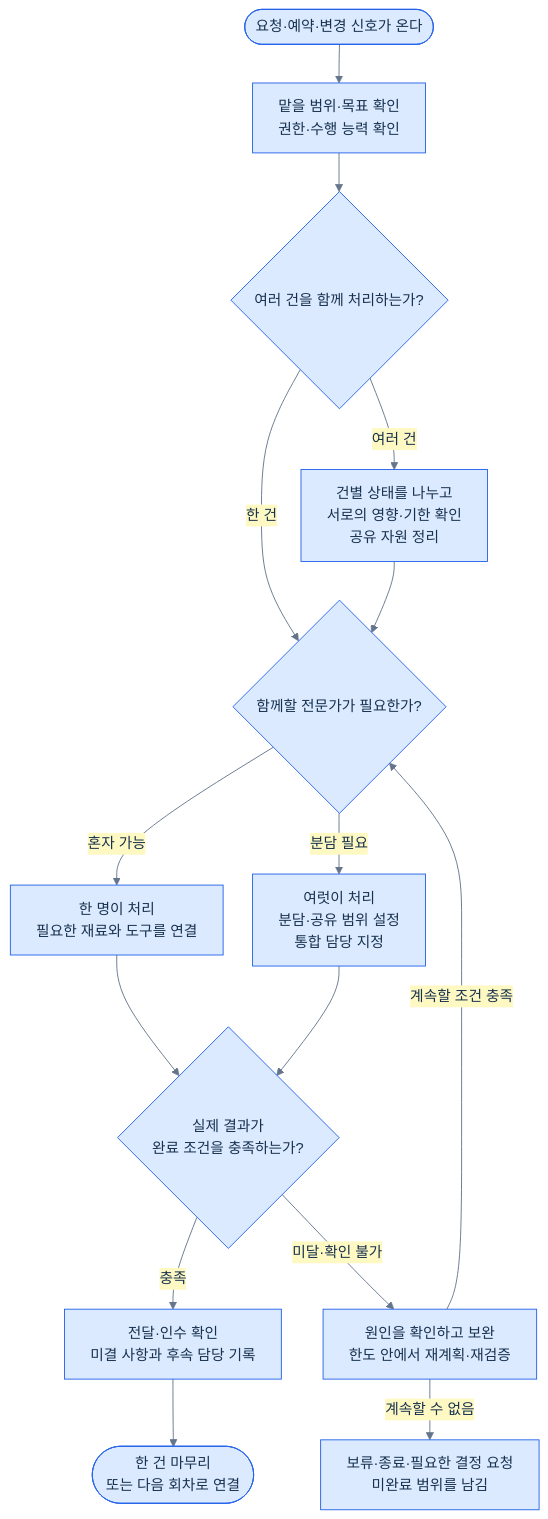
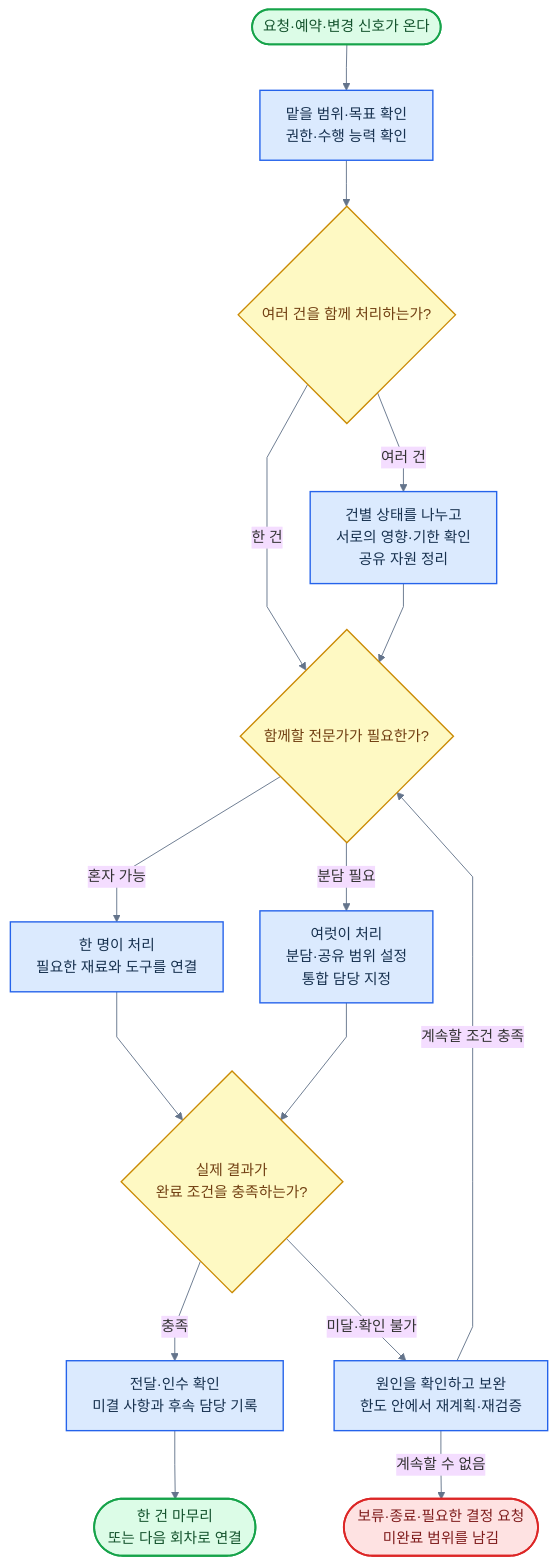
Before and after one commit to harisbaguette/expert: the first of 17 diagrams in 전문가 에이전트 정의 2.md, drawn with Mermaid. The commit also changed other lines of this file, not shown here.

````diff
--- a/전문가 에이전트 정의 2.md
+++ b/전문가 에이전트 정의 2.md
@@ -9,24 +18,32 @@
 ```mermaid
-%%{init: {"theme": "base", "themeVariables": {"fontFamily": "Arial, sans-serif", "fontSize": "16px", "primaryColor": "#dbeafe", "primaryTextColor": "#17314f", "primaryBorderColor": "#2563eb", "lineColor": "#64748b", "secondaryColor": "#fef9c3", "tertiaryColor": "#f8fafc"}, "flowchart": {"curve": "basis", "nodeSpacing": 32, "rankSpacing": 42, "padding": 14, "wrappingWidth": 240, "useMaxWidth": true}}}%%
+%%{init: {"theme":"base","themeVariables":{"fontFamily":"Arial, sans-serif","fontSize":"16px","lineColor":"#64748b"},"flowchart":{"curve":"linear","nodeSpacing":40,"rankSpacing":50,"padding":14,"wrappingWidth":240,"useMaxWidth":true}}}%%
 flowchart TB
     S(["요청·예약·변경 신호가 온다"])
     A["맡을 범위·목표 확인<br/>권한·수행 능력 확인"]
     Q{"여러 건을 함께 처리하는가?"}
     M["건별 상태를 나누고<br/>서로의 영향·기한 확인<br/>공유 자원 정리"]
     C{"함께할 전문가가 필요한가?"}
     ONE["한 명이 처리<br/>필요한 재료와 도구를 연결"]
     TEAM["여럿이 처리<br/>분담·공유 범위 설정<br/>통합 담당 지정"]
     V{"실제 결과가<br/>완료 조건을 충족하는가?"}
     F["원인을 확인하고 보완<br/>한도 안에서 재계획·재검증"]
     D["전달·인수 확인<br/>미결 사항과 후속 담당 기록"]
     E(["한 건 마무리<br/>또는 다음 회차로 연결"])
+    N(["보류·종료·필요한 결정 요청<br/>미완료 범위를 남김"])
     S --> A --> Q
     Q -->|한 건| C
     Q -->|여러 건| M --> C
     C -->|혼자 가능| ONE --> V
     C -->|분담 필요| TEAM --> V
     V -->|충족| D --> E
     V -->|미달·확인 불가| F
     F -->|계속할 조건 충족| C
-    F -->|계속할 수 없음| N["보류·종료·필요한 결정 요청<br/>미완료 범위를 남김"]
+    F -->|계속할 수 없음| N
+    classDef default fill:#dbeafe,stroke:#2563eb,stroke-width:1.5px,color:#17314f
+    classDef term fill:#dcfce7,stroke:#16a34a,stroke-width:2px,color:#14532d
+    classDef stop fill:#fee2e2,stroke:#dc2626,stroke-width:2px,color:#7f1d1d
+    classDef dec fill:#fef9c3,stroke:#ca8a04,stroke-width:1.5px,color:#713f12
+    class S,E term
+    class N stop
+    class Q,C,V dec
 ```
````
